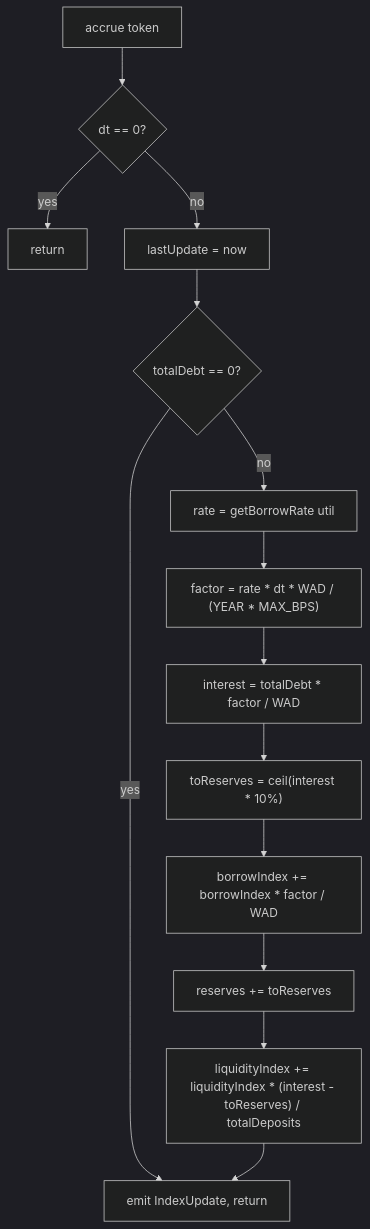
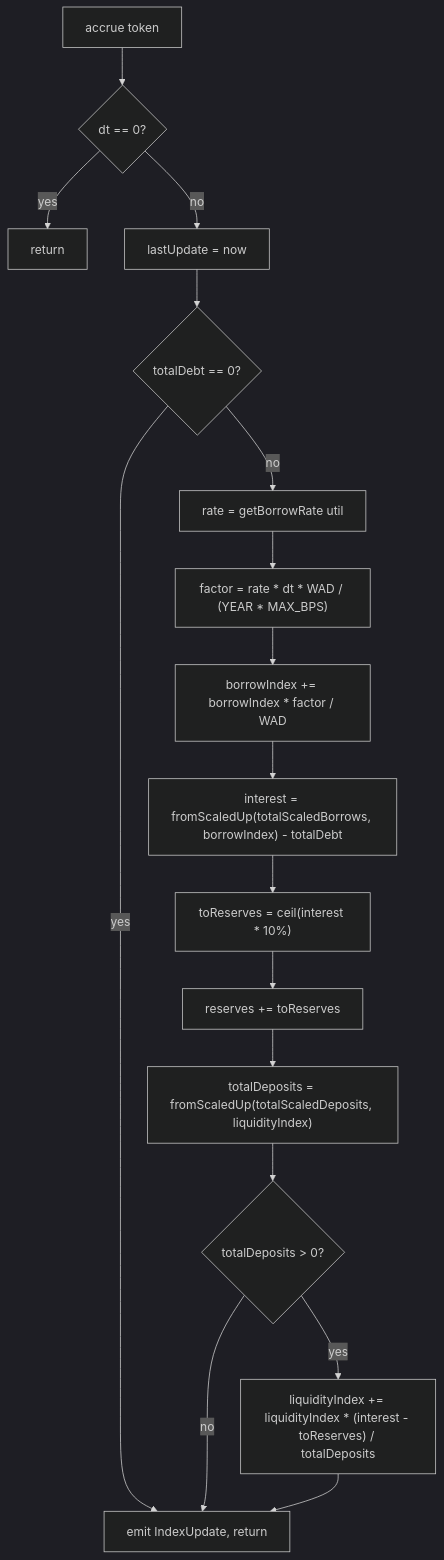
Before and after one commit to Soulrealz/Desultory_Lending: the diagram in docs/Protocol/Accounting.md, drawn with Mermaid (dark theme). The commit also changed other lines of this file and 6 other files, not shown here.

````diff
--- a/docs/Protocol/Accounting.md
+++ b/docs/Protocol/Accounting.md
@@ -47,16 +47,19 @@
 ```mermaid
 flowchart TD
     A[accrue token] --> B{dt == 0?}
     B -->|yes| Z[return]
     B -->|no| C[lastUpdate = now]
     C --> D{totalDebt == 0?}
     D -->|yes| Y[emit IndexUpdate, return]
     D -->|no| E[rate = getBorrowRate util]
     E --> F["factor = rate * dt * WAD / (YEAR * MAX_BPS)"]
-    F --> G["interest = totalDebt * factor / WAD"]
-    G --> H["toReserves = ceil(interest * 10%)"]
-    H --> I["borrowIndex += borrowIndex * factor / WAD"]
+    F --> G["borrowIndex += borrowIndex * factor / WAD"]
+    G --> H["interest = fromScaledUp(totalScaledBorrows, borrowIndex) - totalDebt"]
+    H --> I["toReserves = ceil(interest * 10%)"]
     I --> J[reserves += toReserves]
-    J --> K["liquidityIndex += liquidityIndex * (interest - toReserves) / totalDeposits"]
-    K --> Y
+    J --> K["totalDeposits = fromScaledUp(totalScaledDeposits, liquidityIndex)"]
+    K --> L{totalDeposits > 0?}
+    L -->|no| Y
+    L -->|yes| M["liquidityIndex += liquidityIndex * (interest - toReserves) / totalDeposits"]
+    M --> Y
 ```
````
